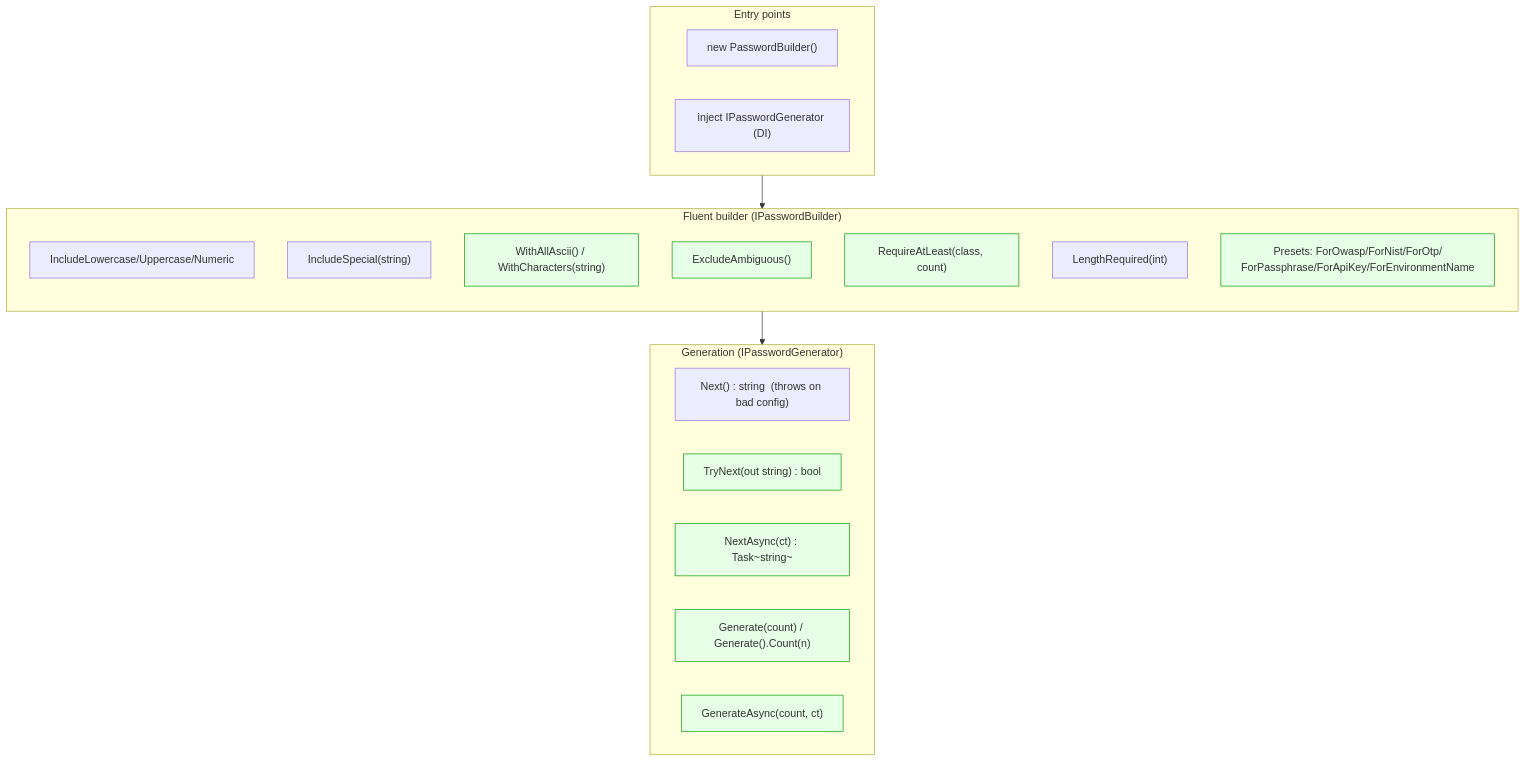
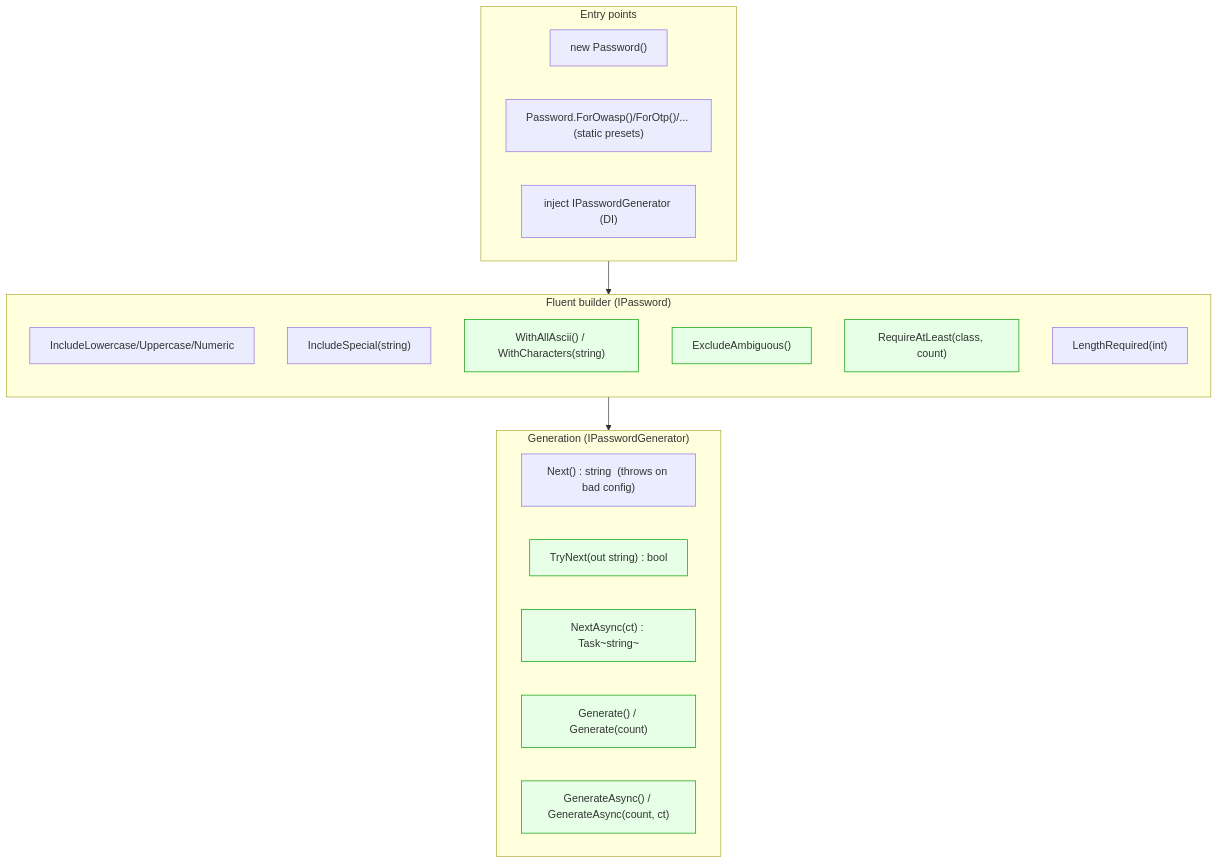
One commit to prjseal/PasswordGenerator changed the first of 4 diagrams in docs/v3-target/api-surface.md. Above: the diagram before and after it, drawn with Mermaid. The commit also changed other lines of this file and 7 other files, not shown here.

````diff
--- a/docs/v3-target/api-surface.md
+++ b/docs/v3-target/api-surface.md
@@ -7,27 +12,27 @@
 ```mermaid
 flowchart TD
     subgraph Entry["Entry points"]
-        e1["new PasswordBuilder()"]
-        e2["inject IPasswordGenerator (DI)"]
+        e1["new Password()"]
+        e2["Password.ForOwasp()/ForOtp()/... (static presets)"]
+        e3["inject IPasswordGenerator (DI)"]
     end
-    subgraph Build["Fluent builder (IPasswordBuilder)"]
+    subgraph Build["Fluent builder (IPassword)"]
         direction TB
         b1["IncludeLowercase/Uppercase/Numeric"]
         b2["IncludeSpecial(string)"]
         b3["WithAllAscii() / WithCharacters(string)"]
         b4["ExcludeAmbiguous()"]
         b5["RequireAtLeast(class, count)"]
         b6["LengthRequired(int)"]
-        b7["Presets: ForOwasp/ForNist/ForOtp/<br/>ForPassphrase/ForApiKey/ForEnvironmentName"]
     end
     subgraph Gen["Generation (IPasswordGenerator)"]
         g1["Next() : string  (throws on bad config)"]
         g2["TryNext(out string) : bool"]
         g3["NextAsync(ct) : Task~string~"]
-        g4["Generate(count) / Generate().Count(n)"]
-        g5["GenerateAsync(count, ct)"]
+        g4["Generate() / Generate(count)"]
+        g5["GenerateAsync() / GenerateAsync(count, ct)"]
     end
     Entry --> Build --> Gen
     classDef good fill:#e6ffe6,stroke:#009900;
-    class g2,g3,g4,g5,b3,b4,b5,b7 good;
+    class g2,g3,g4,g5,b3,b4,b5 good;
 ```
````
